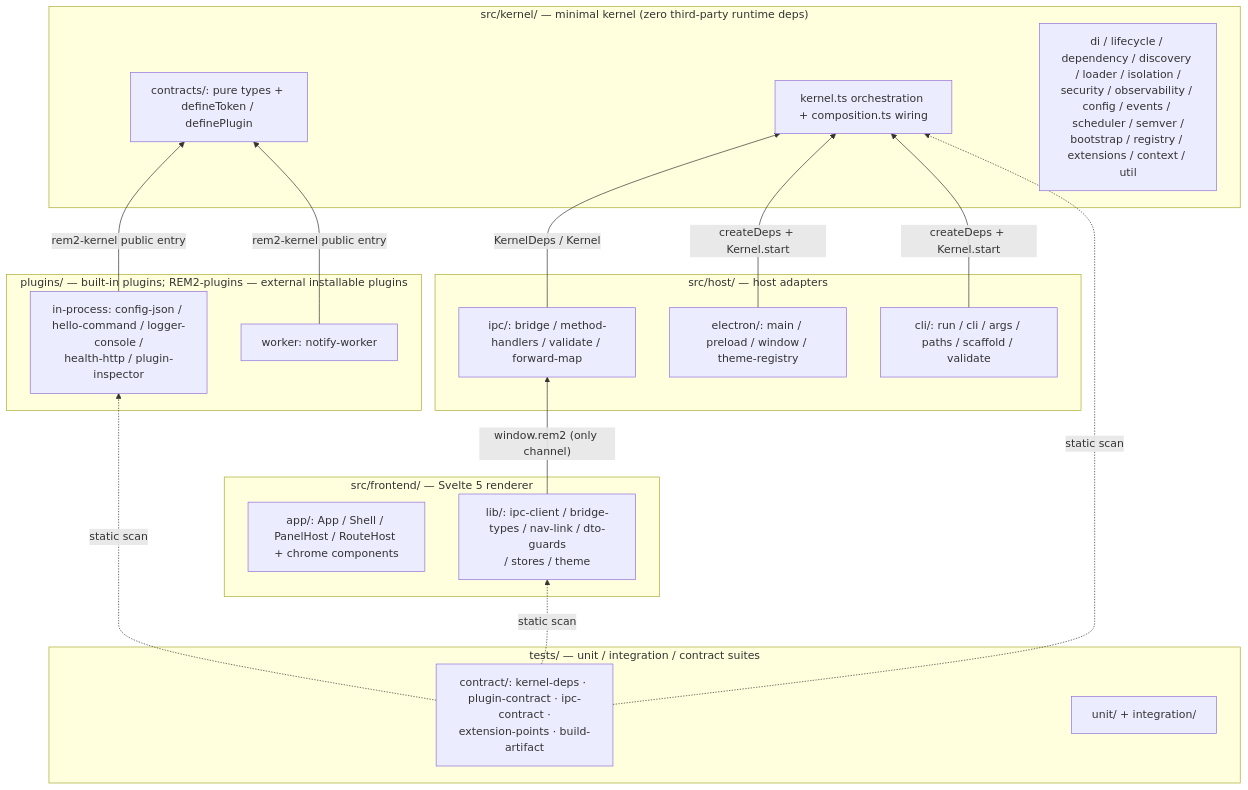
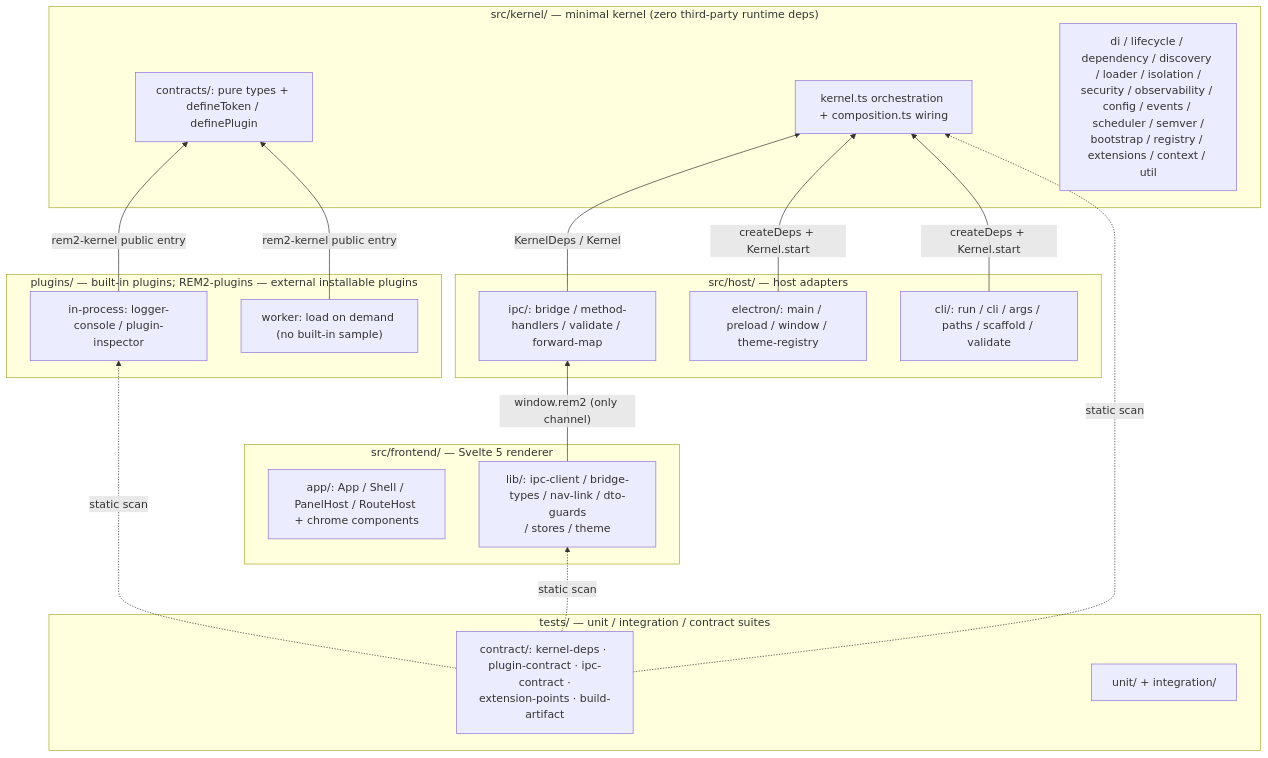
The first of 5 diagrams in docs/en/01-architecture-overview.md (kino14910/REM2), drawn with Mermaid before and after one commit. The commit also changed other lines of this file and 11 other files, not shown here.

````diff
--- a/docs/en/01-architecture-overview.md
+++ b/docs/en/01-architecture-overview.md
@@ -19,39 +19,39 @@
 ```mermaid
 graph BT
     subgraph L1["plugins/ — built-in plugins; REM2-plugins — external installable plugins"]
-        PA["in-process: config-json / hello-command / logger-console /<br/>health-http / plugin-inspector"]
-        PB["worker: notify-worker"]
+        PA["in-process: logger-console / plugin-inspector"]
+        PB["worker: load on demand (no built-in sample)"]
     end
 
     subgraph L2["src/frontend/ — Svelte 5 renderer"]
         FA["app/: App / Shell / PanelHost / RouteHost + chrome components"]
         FB["lib/: ipc-client / bridge-types / nav-link / dto-guards<br/>/ stores / theme"]
     end
 
     subgraph L3["src/host/ — host adapters"]
         HA["electron/: main / preload / window / theme-registry"]
         HB["ipc/: bridge / method-handlers / validate / forward-map"]
         HC["cli/: run / cli / args / paths / scaffold / validate"]
     end
 
     subgraph L4["src/kernel/ — minimal kernel (zero third-party runtime deps)"]
         KA["contracts/: pure types + defineToken / definePlugin"]
         KB["kernel.ts orchestration + composition.ts wiring"]
         KC["di / lifecycle / dependency / discovery / loader / isolation /<br/>security / observability / config / events / scheduler / semver /<br/>bootstrap / registry / extensions / context / util"]
     end
 
     subgraph L5["tests/ — unit / integration / contract suites"]
         TA["contract/: kernel-deps · plugin-contract · ipc-contract ·<br/>extension-points · build-artifact"]
         TB["unit/ + integration/"]
     end
 
     FB -->|"window.rem2 (only channel)"| HB
     HB -->|"KernelDeps / Kernel"| KB
     HA -->|"createDeps + Kernel.start"| KB
     HC -->|"createDeps + Kernel.start"| KB
     PA -->|"rem2-kernel public entry"| KA
     PB -->|"rem2-kernel public entry"| KA
     TA -.->|"static scan"| KB
     TA -.->|"static scan"| FB
     TA -.->|"static scan"| PA
 ```
````
